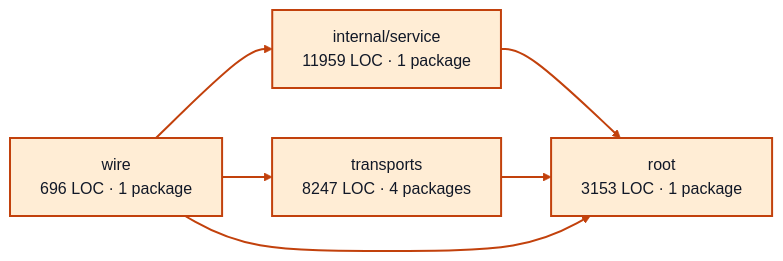
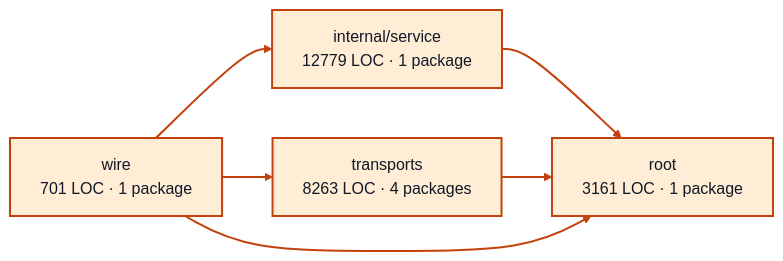
One commit to portpowered/you-agent-factory changed the diagram in docs/architecture/visualizations/services/worker_sessions.md. Above: the diagram before and after it, drawn with Mermaid. The commit also changed other lines of this file and 20 other files, not shown here.

Commit message:
docs: refresh backend architecture visualizations

````diff
--- a/docs/architecture/visualizations/services/worker_sessions.md
+++ b/docs/architecture/visualizations/services/worker_sessions.md
@@ -11,17 +11,17 @@
 ```mermaid
 flowchart LR
-  p0["internal/service<br/>11959 LOC · 1 package"]
-  p1["root<br/>3153 LOC · 1 package"]
-  p2["transports<br/>8247 LOC · 4 packages"]
-  p3["wire<br/>696 LOC · 1 package"]
+  p0["internal/service<br/>12779 LOC · 1 package"]
+  p1["root<br/>3161 LOC · 1 package"]
+  p2["transports<br/>8263 LOC · 4 packages"]
+  p3["wire<br/>701 LOC · 1 package"]
   p0 --> p1
   p2 --> p1
   p3 --> p0
   p3 --> p1
   p3 --> p2
   style p0 fill:#ffedd5,stroke:#c2410c,stroke-width:2px,color:#111827
   style p1 fill:#ffedd5,stroke:#c2410c,stroke-width:2px,color:#111827
   style p2 fill:#ffedd5,stroke:#c2410c,stroke-width:2px,color:#111827
   style p3 fill:#ffedd5,stroke:#c2410c,stroke-width:2px,color:#111827
   linkStyle default stroke:#c2410c,stroke-width:2px
 ```
````
